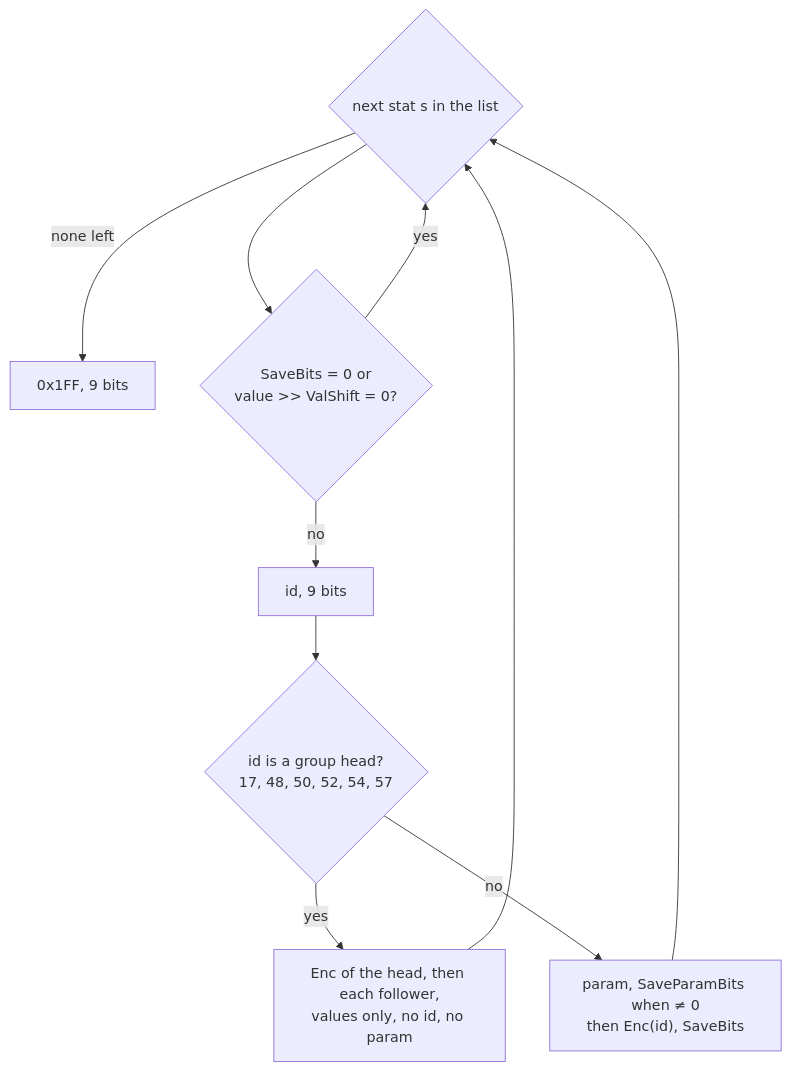
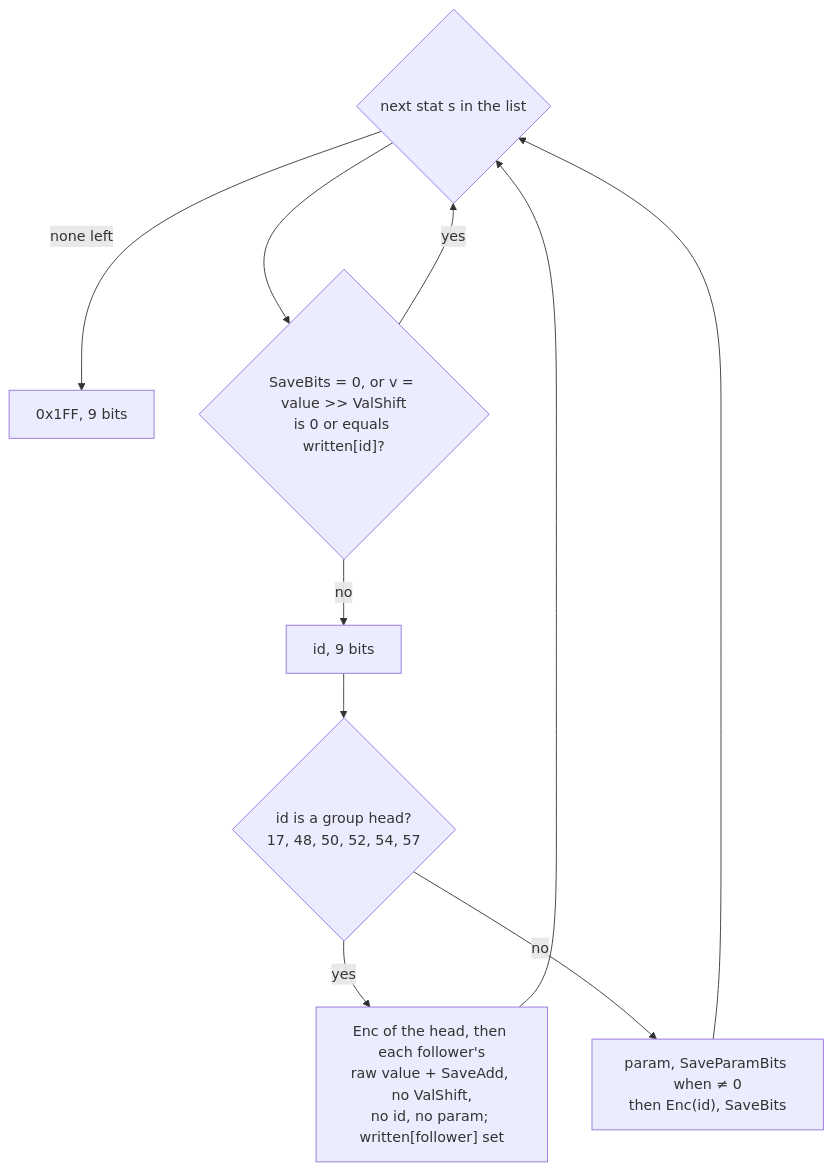
Diagram 15 of 15 in docs/specs/save/d2s.md (IgorKonovalov/diablo-2-recompilation), drawn with Mermaid before and after one commit. The commit also changed other lines of this file, not shown here.

Commit message:
docs(specs): save/d2s from save/0001 §8: unsigned clamp, followers without ValShift, fixed fields, has_class, modes 3/5, ears, merc header order, bit 13 (plan 0015 Phase 5)

````diff
--- a/docs/specs/save/d2s.md
+++ b/docs/specs/save/d2s.md
@@ -666,11 +730,11 @@
 ```mermaid
 flowchart TD
   s{"next stat s in the list"} -->|none left| fin["0x1FF, 9 bits"]
-  s --> sb{"SaveBits = 0 or<br/>value >> ValShift = 0?"}
+  s --> sb{"SaveBits = 0, or v = value >> ValShift<br/>is 0 or equals written[id]?"}
   sb -->|yes| s
   sb -->|no| id["id, 9 bits"]
   id --> grp{"id is a group head?<br/>17, 48, 50, 52, 54, 57"}
-  grp -->|yes| gv["Enc of the head, then each follower,<br/>values only, no id, no param"]
+  grp -->|yes| gv["Enc of the head, then each follower's<br/>raw value + SaveAdd, no ValShift,<br/>no id, no param; written[follower] set"]
   grp -->|no| pv["param, SaveParamBits when ≠ 0<br/>then Enc(id), SaveBits"]
   gv & pv --> s
 ```
````
